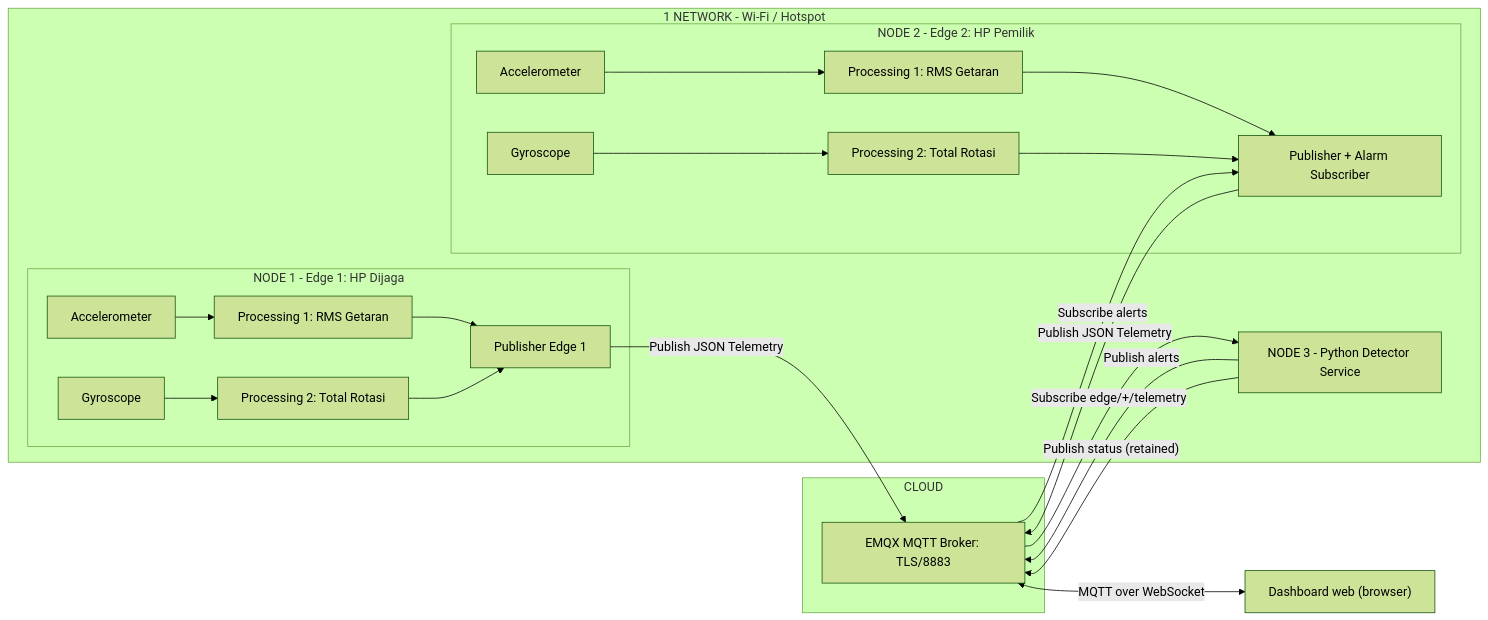
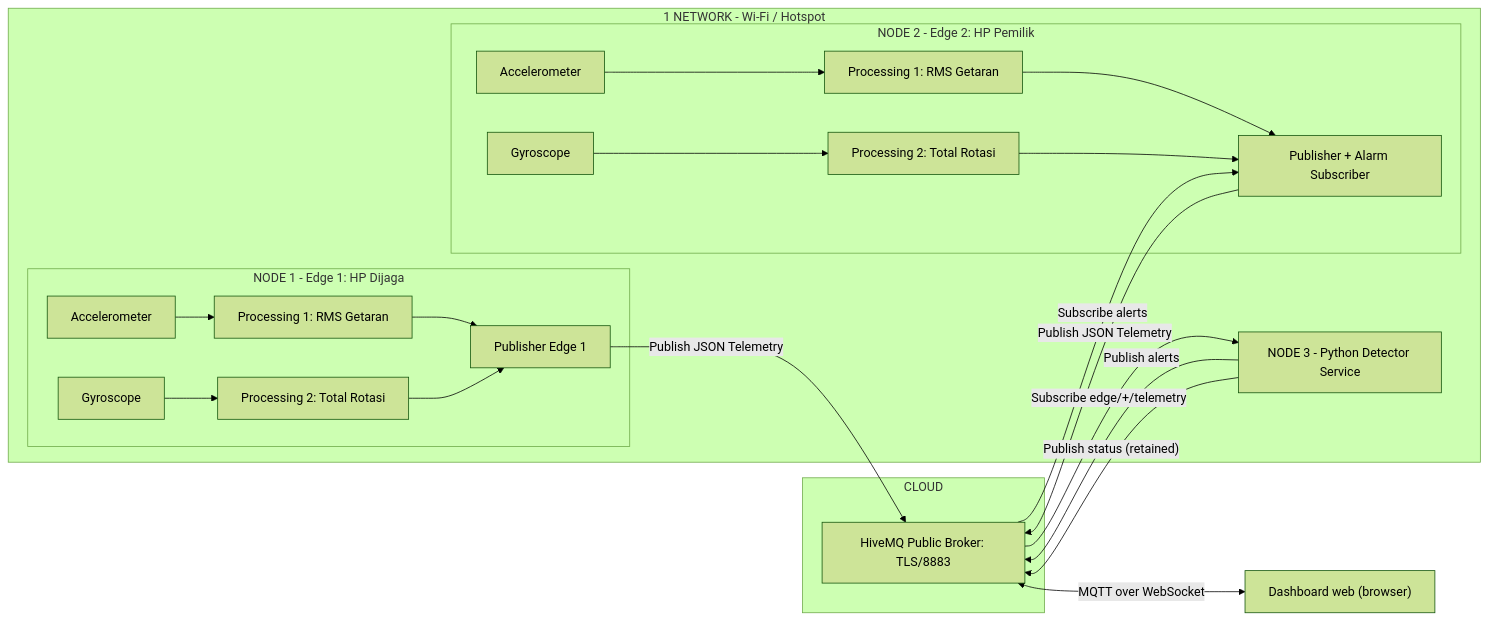
The diagram in docs/diagram.mmd (JustinCLT/baby-monitor-iot), drawn with Mermaid (forest theme) before and after one commit. The commit also changed 11 other files, not shown here.

First line of the commit message:
feat: pakai broker publik HiveMQ sebagai default (tanpa daftar akun)

```diff
--- a/docs/diagram.mmd
+++ b/docs/diagram.mmd
@@ -1,26 +1,26 @@
 flowchart LR
   subgraph LOCAL["1 NETWORK - Wi-Fi / Hotspot"]
     subgraph EDGE1["NODE 1 - Edge 1: HP Dijaga"]
       A1["Accelerometer"] --> RMS1["Processing 1: RMS Getaran"]
       G1["Gyroscope"] --> ROT1["Processing 2: Total Rotasi"]
       RMS1 --> PUB1["Publisher Edge 1"]
       ROT1 --> PUB1
     end
     subgraph EDGE2["NODE 2 - Edge 2: HP Pemilik"]
       A2["Accelerometer"] --> RMS2["Processing 1: RMS Getaran"]
       G2["Gyroscope"] --> ROT2["Processing 2: Total Rotasi"]
       RMS2 --> PUB2["Publisher + Alarm Subscriber"]
       ROT2 --> PUB2
     end
     DET["NODE 3 - Python Detector Service"]
   end
   subgraph CLOUD["CLOUD"]
-    MQTT["EMQX MQTT Broker: TLS/8883"]
+    MQTT["HiveMQ Public Broker: TLS/8883"]
   end
   PUB1 -->|"Publish JSON Telemetry"| MQTT
   PUB2 -->|"Publish JSON Telemetry"| MQTT
   MQTT -->|"Subscribe edge/+/telemetry"| DET
   DET -->|"Publish alerts"| MQTT
   MQTT -->|"Subscribe alerts"| PUB2
   DET -->|"Publish status (retained)"| MQTT
   MQTT <-->|"MQTT over WebSocket"| WEB["Dashboard web (browser)"]
```
